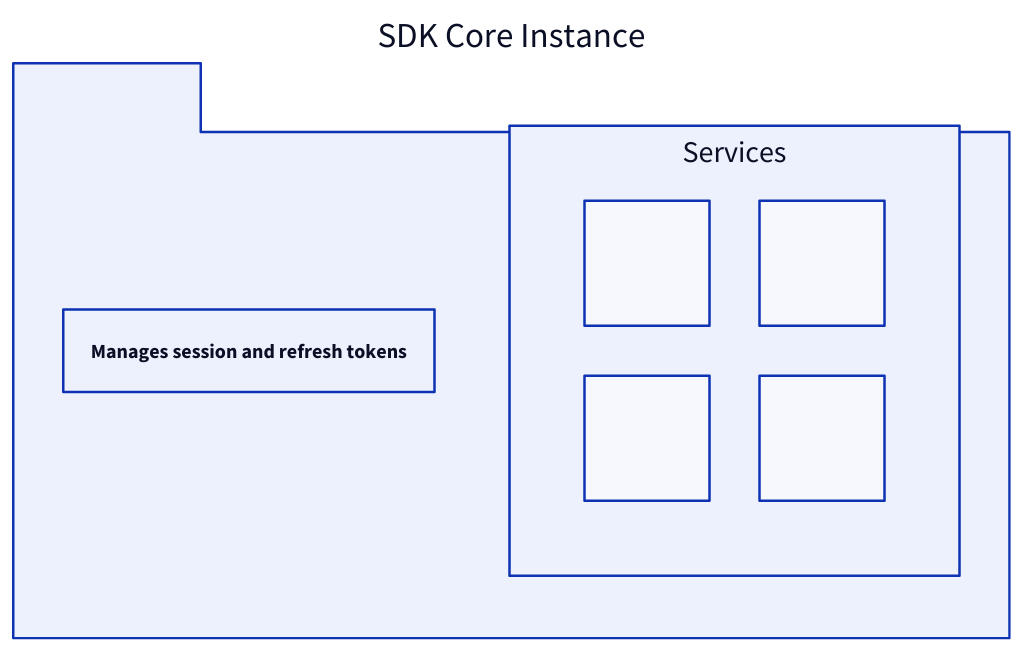
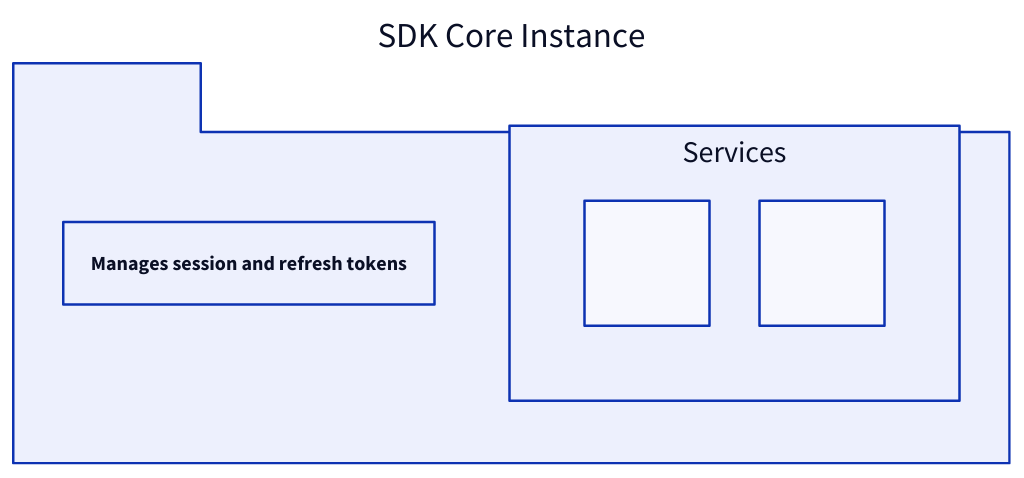
Diagram 17 of 34 in prompts/document/d2-chart/rules.md (AIGNE-io/aigne-doc-smith), drawn with D2 before and after one commit. The commit also changed other lines of this file and 2 other files, not shown here.

````diff
--- a/prompts/document/d2-chart/rules.md
+++ b/prompts/document/d2-chart/rules.md
@@ -34,13 +348,11 @@
-          ```d2
-          "SDK Core Instance": {
-            shape: package
-            "TokenService": "Manages session and refresh tokens"
-            "Services": {
-              grid-columns: 2
-              "AuthService": ""
-              "BlockletService": ""
-              "FederatedService": ""
-              "UserSessionService": ""
-            }
-          }
-          ```
+      ```d2
+      "SDK Core Instance": {
+        shape: package
+        "TokenService": "Manages session and refresh tokens"
+        "Services": {
+          grid-columns: 2
+          "AuthService": ""
+          "BlockletService": ""
+        }
+      }
+      ```
````
